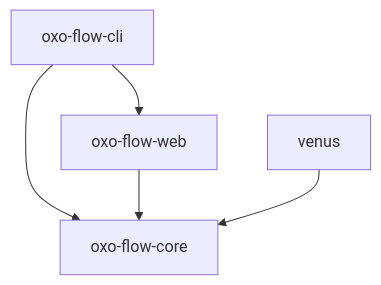
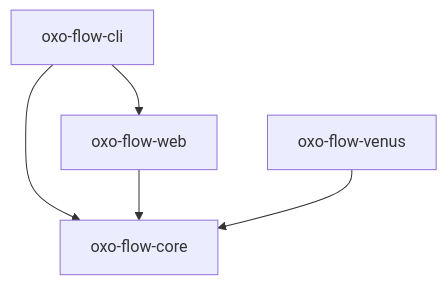
The first of 2 diagrams in docs/guide/src/reference/architecture.md (Traitome/oxo-flow), drawn with Mermaid before and after one commit. The commit also changed other lines of this file and 9 other files, not shown here.

First line of the commit message:
fix: rename venus crate to oxo-flow-venus to avoid crates.io name conflict

````diff
--- a/docs/guide/src/reference/architecture.md
+++ b/docs/guide/src/reference/architecture.md
@@ -25,7 +25,7 @@
 ```mermaid
 graph TD
     CLI[oxo-flow-cli] --> Core[oxo-flow-core]
     CLI --> Web[oxo-flow-web]
     Web --> Core
-    Venus[venus] --> Core
+    Venus[oxo-flow-venus] --> Core
 ```
````
